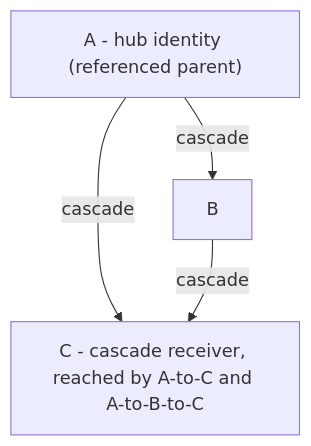
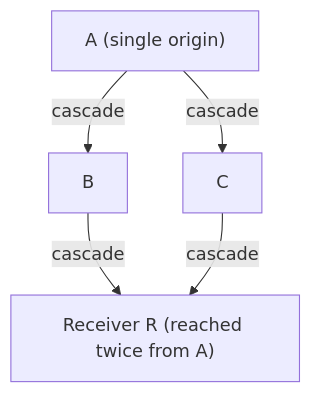
The third of 8 diagrams in reference/design/backend-redesign/design-docs/mssql-cascading.md (Ed-Fi-Alliance-OSS/Data-Management-Service), drawn with Mermaid before and after one commit. The commit also changed other lines of this file and 16 other files, not shown here.

````diff
--- a/reference/design/backend-redesign/design-docs/mssql-cascading.md
+++ b/reference/design/backend-redesign/design-docs/mssql-cascading.md
@@ -158,9 +184,11 @@
 ```mermaid
 flowchart TD
-  A["A - hub identity (referenced parent)"]
+  A["A (single origin)"]
   B["B"]
-  C["C - cascade receiver, reached by A-to-C and A-to-B-to-C"]
+  C["C"]
+  R["Receiver R (reached twice from A)"]
   A -->|"cascade"| B
   A -->|"cascade"| C
-  B -->|"cascade"| C
+  B -->|"cascade"| R
+  C -->|"cascade"| R
 ```
````
